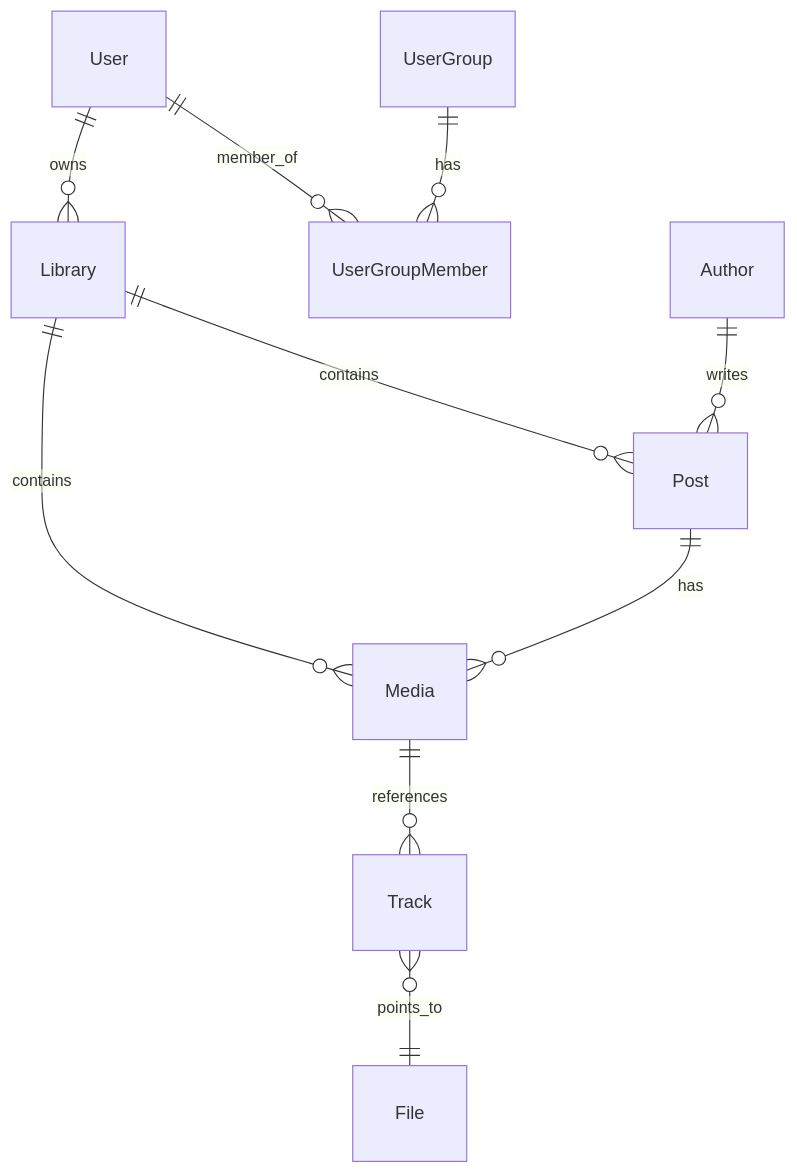
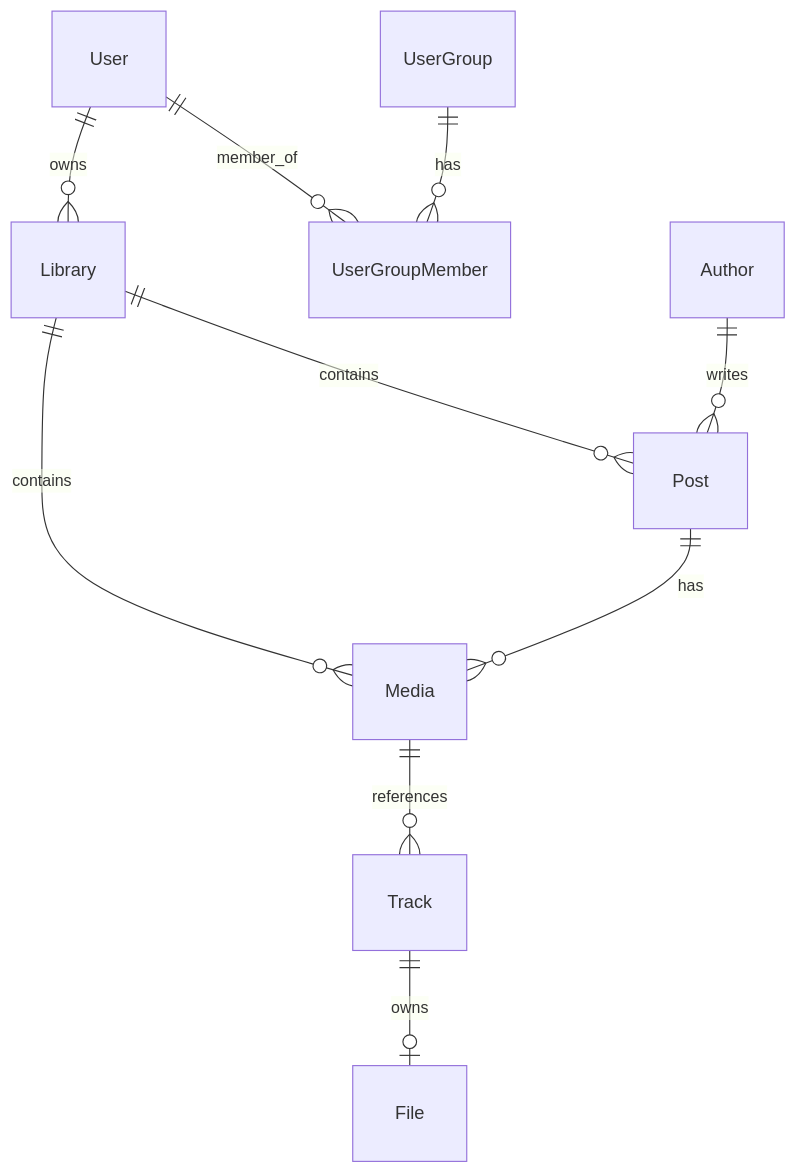
One commit to stariverr/stationary changed the first of 2 diagrams in docs/system_design.md. Above: the diagram before and after it, drawn with Mermaid. The commit also changed other lines of this file and 8 other files, not shown here.

Commit message:
docs: add media and track data architecture improvement specification and update contracts

````diff
--- a/docs/system_design.md
+++ b/docs/system_design.md
@@ -28,12 +28,12 @@
 ```mermaid
 erDiagram
     User ||--o{ Library : "owns"
     User ||--o{ UserGroupMember : "member_of"
     UserGroup ||--o{ UserGroupMember : "has"
     Library ||--o{ Post : "contains"
     Library ||--o{ Media : "contains"
     Author ||--o{ Post : "writes"
     Post ||--o{ Media : "has"
     Media ||--o{ Track : "references"
-    Track }o--|| File : "points_to"
+    Track ||--o| File : "owns"
 ```
````
